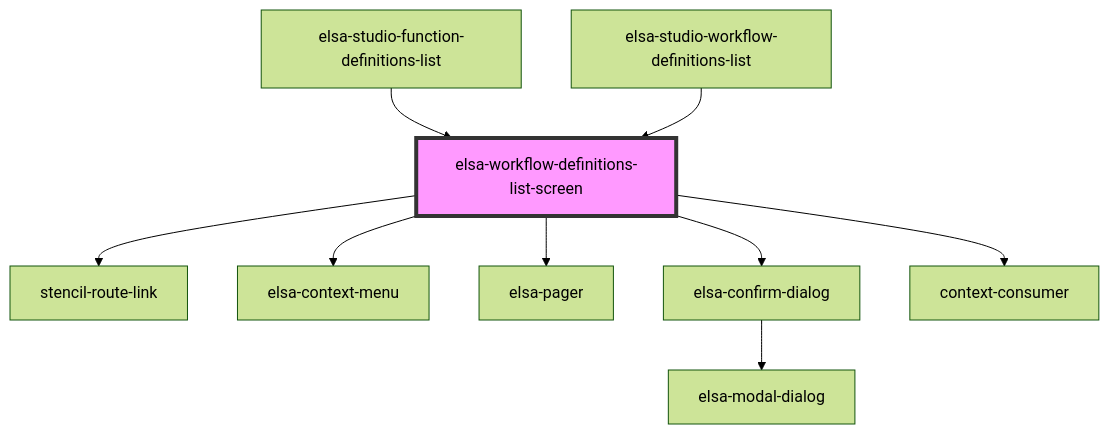
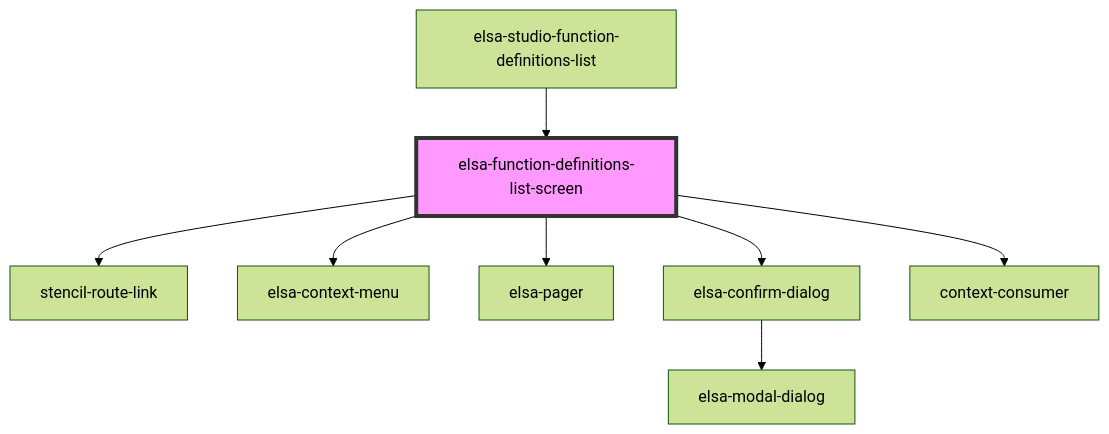
One commit to dopi4720/elsa-core changed the diagram in src/designer/elsa-workflows-studio/src/components/screens/function-definition-list/elsa-function-definitions-screen/readme.md. Above: the diagram before and after it, drawn with Mermaid (forest theme). The commit also changed other lines of this file and 70 other files, not shown here.

````diff
--- a/src/designer/elsa-workflows-studio/src/components/screens/function-definition-list/elsa-function-definitions-screen/readme.md
+++ b/src/designer/elsa-workflows-studio/src/components/screens/function-definition-list/elsa-function-definitions-screen/readme.md
@@ -47,12 +46,11 @@
 ```mermaid
 graph TD;
-  elsa-workflow-definitions-list-screen --> stencil-route-link
-  elsa-workflow-definitions-list-screen --> elsa-context-menu
-  elsa-workflow-definitions-list-screen --> elsa-pager
-  elsa-workflow-definitions-list-screen --> elsa-confirm-dialog
-  elsa-workflow-definitions-list-screen --> context-consumer
+  elsa-function-definitions-list-screen --> stencil-route-link
+  elsa-function-definitions-list-screen --> elsa-context-menu
+  elsa-function-definitions-list-screen --> elsa-pager
+  elsa-function-definitions-list-screen --> elsa-confirm-dialog
+  elsa-function-definitions-list-screen --> context-consumer
   elsa-confirm-dialog --> elsa-modal-dialog
-  elsa-studio-function-definitions-list --> elsa-workflow-definitions-list-screen
-  elsa-studio-workflow-definitions-list --> elsa-workflow-definitions-list-screen
-  style elsa-workflow-definitions-list-screen fill:#f9f,stroke:#333,stroke-width:4px
+  elsa-studio-function-definitions-list --> elsa-function-definitions-list-screen
+  style elsa-function-definitions-list-screen fill:#f9f,stroke:#333,stroke-width:4px
 ```
````
